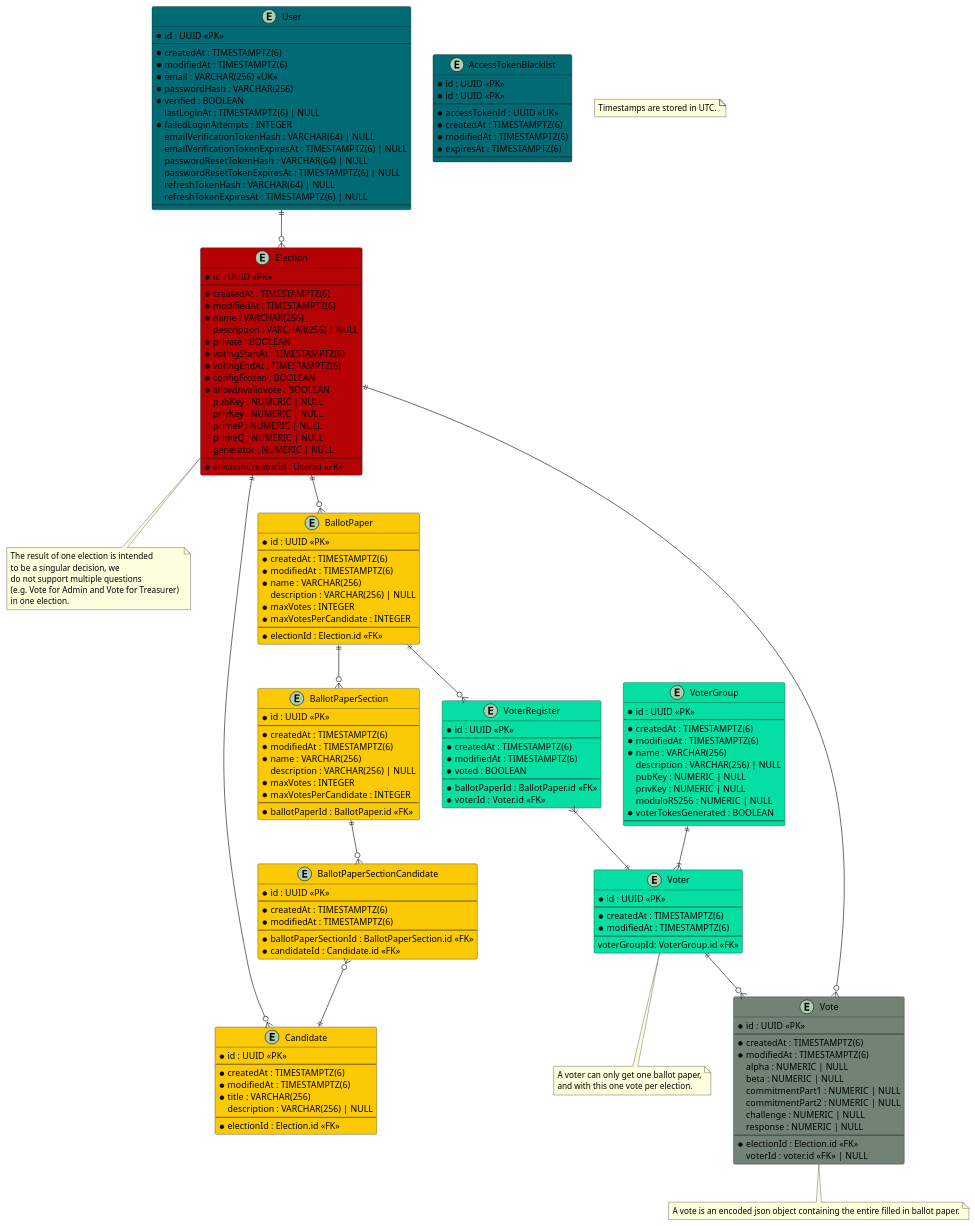
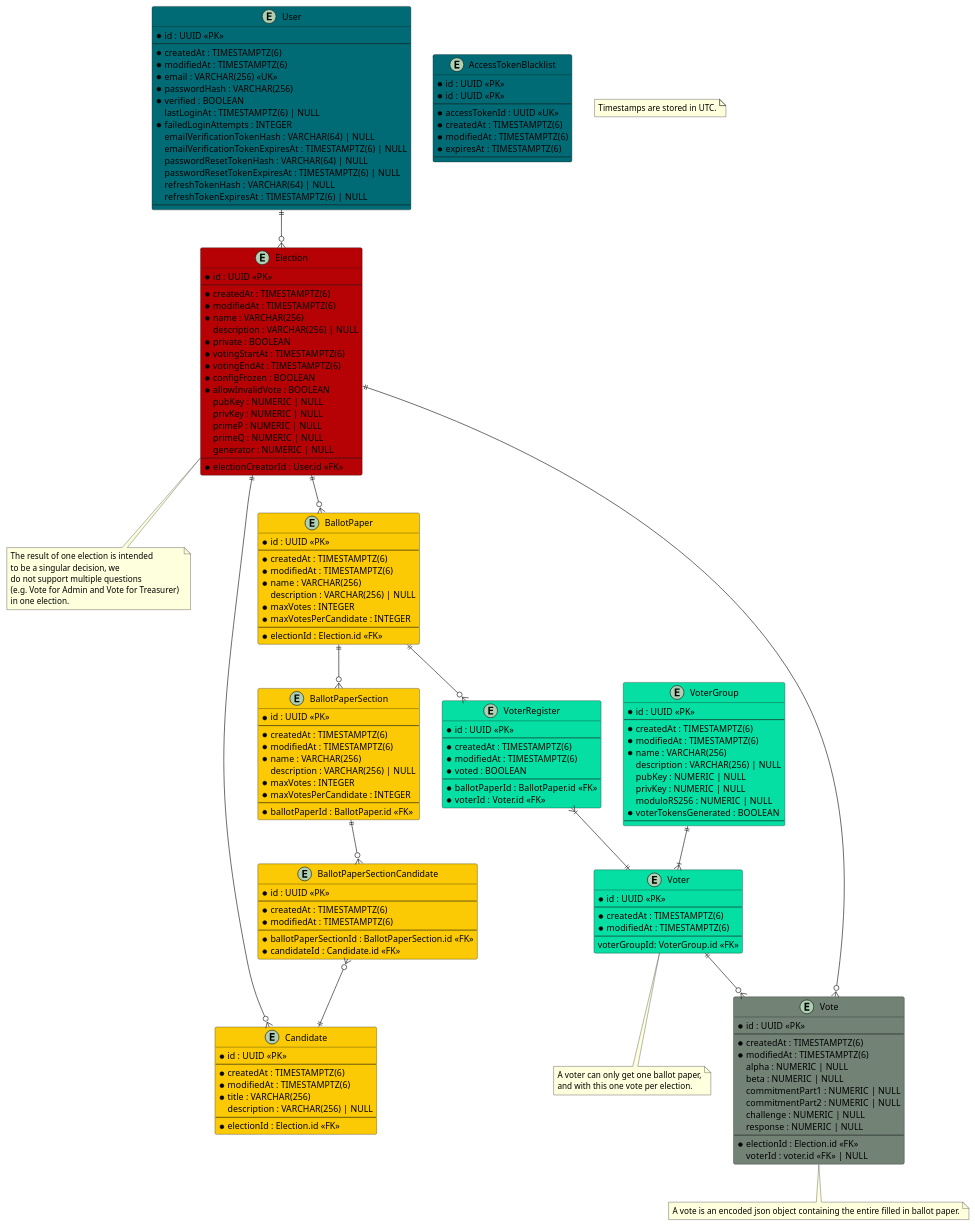
Before and after one commit to SE-UUlm/votura: the diagram in apps/docs/static/uml/dataModel.puml, drawn with PlantUML. The commit also changed 2 other files, not shown here.

```diff
--- a/apps/docs/static/uml/dataModel.puml
+++ b/apps/docs/static/uml/dataModel.puml
@@ -1,196 +1,196 @@
 @startuml dataModel
 
 entity "User" as user #006b75 {
     * id : UUID <<PK>>
     --
     * createdAt : TIMESTAMPTZ(6)
     * modifiedAt : TIMESTAMPTZ(6)
     * email : VARCHAR(256) <<UK>>
     * passwordHash : VARCHAR(256)
     * verified : BOOLEAN
     lastLoginAt : TIMESTAMPTZ(6) | NULL
     ' failed login attempts get reset on successful login
     * failedLoginAttempts : INTEGER
     emailVerificationTokenHash : VARCHAR(64) | NULL
     emailVerificationTokenExpiresAt : TIMESTAMPTZ(6) | NULL
     passwordResetTokenHash : VARCHAR(64) | NULL
     passwordResetTokenExpiresAt : TIMESTAMPTZ(6) | NULL
     refreshTokenHash : VARCHAR(64) | NULL
     refreshTokenExpiresAt : TIMESTAMPTZ(6) | NULL
     --
 }
 
 entity "AccessTokenBlacklist" as jwtBlacklist #006b75 {
     ' this table is used to store blacklisted access tokens
     ' The jti is 36 characters long if we use UUIDv4
     * id : UUID <<PK>>
     * id : UUID <<PK>>
     --
     * accessTokenId : UUID <<UK>>
     * createdAt : TIMESTAMPTZ(6)
     * modifiedAt : TIMESTAMPTZ(6)
     * expiresAt : TIMESTAMPTZ(6)
     --
 }
 
 entity "Election" as elections #b60205 {
     * id : UUID <<PK>>
     --
     * createdAt : TIMESTAMPTZ(6)
     * modifiedAt : TIMESTAMPTZ(6)
     * name : VARCHAR(256)
     description : VARCHAR(256) | NULL
     * private : BOOLEAN
     * votingStartAt : TIMESTAMPTZ(6)
     * votingEndAt : TIMESTAMPTZ(6)
     * configFrozen : BOOLEAN
     * allowInvalidVote : BOOLEAN
     ' Is there a use case for `votesCounted`?
     ' * votesCounted : BOOLEAN
     ' * votesCounted : BOOLEAN
     ' Computed values such as validVotes and invalidVotes are critical - do we really want to store them?
     ' validVotes : NUMERIC | NULL
     ' invalidVotes : NUMERIC | NULL
     pubKey : NUMERIC | NULL
     privKey : NUMERIC | NULL
     primeP : NUMERIC | NULL
     primeQ : NUMERIC | NULL
     generator : NUMERIC | NULL
     --
     * electionCreatorId : User.id <<FK>>
 }
 
 note as N2
 The result of one election is intended 
 to be a singular decision, we 
 do not support multiple questions 
 (e.g. Vote for Admin and Vote for Treasurer) 
 in one election.
 end note
 
 entity "BallotPaper" as ballotPapers #fbca04 {
     * id : UUID <<PK>>
     --
     * createdAt : TIMESTAMPTZ(6)
     * modifiedAt : TIMESTAMPTZ(6)
     * name : VARCHAR(256)
     description : VARCHAR(256) | NULL
     * maxVotes : INTEGER
     * maxVotesPerCandidate : INTEGER
     --
     * electionId : Election.id <<FK>>
 }
 
 entity "BallotPaperSection" as ballotPaperSections #fbca04 {
     * id : UUID <<PK>>
     --
     * createdAt : TIMESTAMPTZ(6)
     * modifiedAt : TIMESTAMPTZ(6)
     * name : VARCHAR(256)
     description : VARCHAR(256) | NULL
     * maxVotes : INTEGER
     * maxVotesPerCandidate : INTEGER
     --
     * ballotPaperId : BallotPaper.id <<FK>>
 }
 
 entity "BallotPaperSectionCandidate" as ballotPaperSectionCandidates #fbca04 {
     * id : UUID <<PK>>
     --
     * createdAt : TIMESTAMPTZ(6)
     * modifiedAt : TIMESTAMPTZ(6)
     --
     * ballotPaperSectionId : BallotPaperSection.id <<FK>>
     * candidateId : Candidate.id <<FK>>
 }
 
 entity "Candidate" as candidates #fbca04 {
     * id : UUID <<PK>>
     --
     * createdAt : TIMESTAMPTZ(6)
     * modifiedAt : TIMESTAMPTZ(6)
     * title : VARCHAR(256)
     description : VARCHAR(256) | NULL
     --
     * electionId : Election.id <<FK>>
 }
 
 entity "Vote" as votes #728376 {
     * id : UUID <<PK>>
     --
     * createdAt : TIMESTAMPTZ(6)
     * modifiedAt : TIMESTAMPTZ(6)
     alpha : NUMERIC | NULL
     beta : NUMERIC | NULL
     commitmentPart1 : NUMERIC | NULL
     commitmentPart2 : NUMERIC | NULL
     challenge : NUMERIC | NULL
     response : NUMERIC | NULL
     --
     * electionId : Election.id <<FK>>
     ' if the vote isn't secret, voter can be saved
     voterId : voter.id <<FK>> | NULL
 }
 note as N4
 A vote is an encoded json object containing the entire filled in ballot paper.
 end note
 
 entity "VoterRegister" as voterRegisters #05DFA3 {
     * id : UUID <<PK>>
     --
     * createdAt : TIMESTAMPTZ(6)
     * modifiedAt : TIMESTAMPTZ(6)
     * voted : BOOLEAN
     --
     * ballotPaperId : BallotPaper.id <<FK>>
     * voterId : Voter.id <<FK>>
 }
 
 entity "Voter" as voters #05DFA3 {
     * id : UUID <<PK>>
     --
     * createdAt : TIMESTAMPTZ(6)
     * modifiedAt : TIMESTAMPTZ(6)
     --
     voterGroupId: VoterGroup.id <<FK>>
 }
 note as N3
 A voter can only get one ballot paper,
 and with this one vote per election.
 end note
 
 entity "VoterGroup" as voterGroups #05DFA3 {
     * id : UUID <<PK>>
     --
     * createdAt : TIMESTAMPTZ(6)
     * modifiedAt : TIMESTAMPTZ(6)
     * name : VARCHAR(256)
     description : VARCHAR(256) | NULL
     pubKey : NUMERIC | NULL
     privKey : NUMERIC | NULL
     moduloRS256 : NUMERIC | NULL
-    * voterTokesGenerated : BOOLEAN
+    * voterTokensGenerated : BOOLEAN
     --
 }
 
 note as N1
 Timestamps are stored in UTC.
 end note
 
 user ||--o{ elections
 elections ||--o{ ballotPapers
 elections -- N2
 elections ||--o{ candidates
 ballotPapers ||--o{ voterRegisters
 voterRegisters }|--|| voters
 ballotPapers ||--o{ ballotPaperSections
 ' ballotPaperSections -- C_2
 ballotPaperSections ||--o{ ballotPaperSectionCandidates
 ballotPaperSectionCandidates }o--|| candidates
 votes }o--|| elections
 voters ||--o{ votes
 voterGroups ||--|{ voters
 voters -- N3
 votes -- N4
 
 @enduml
```
